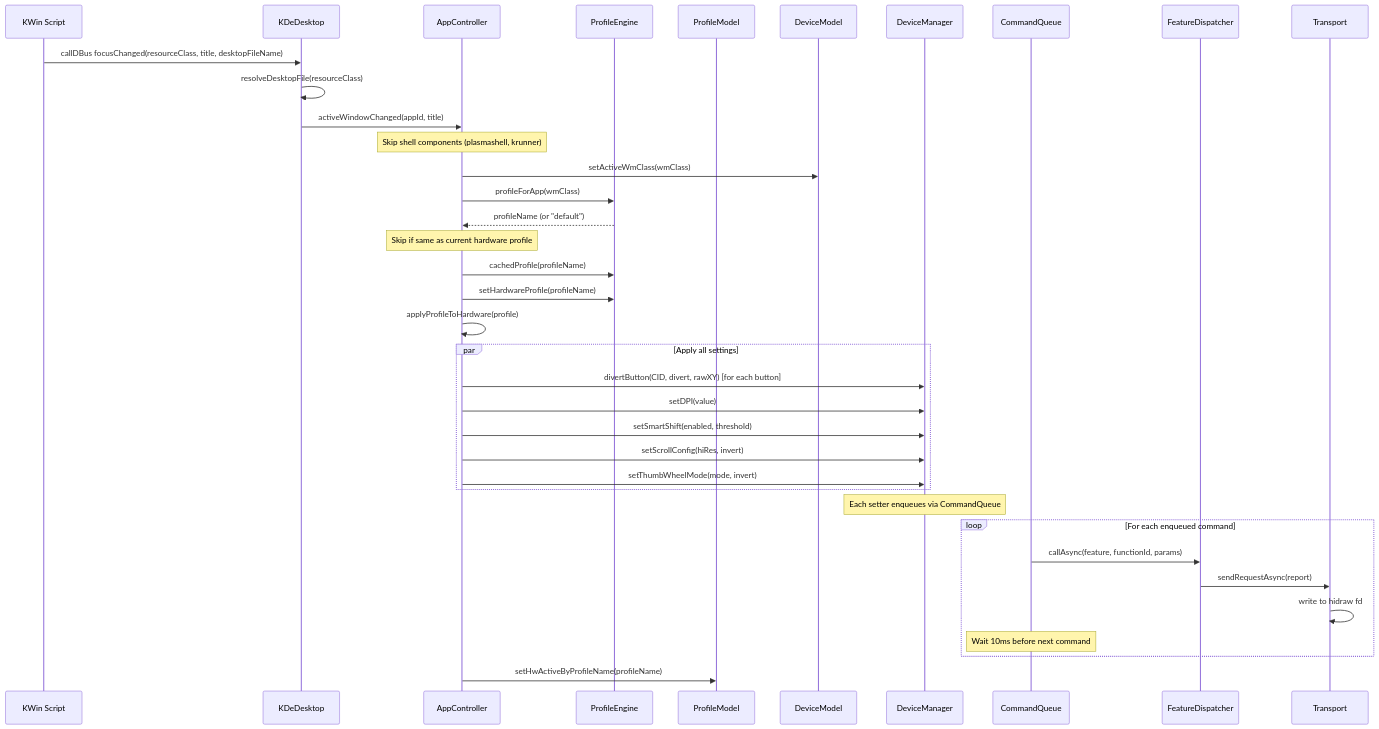
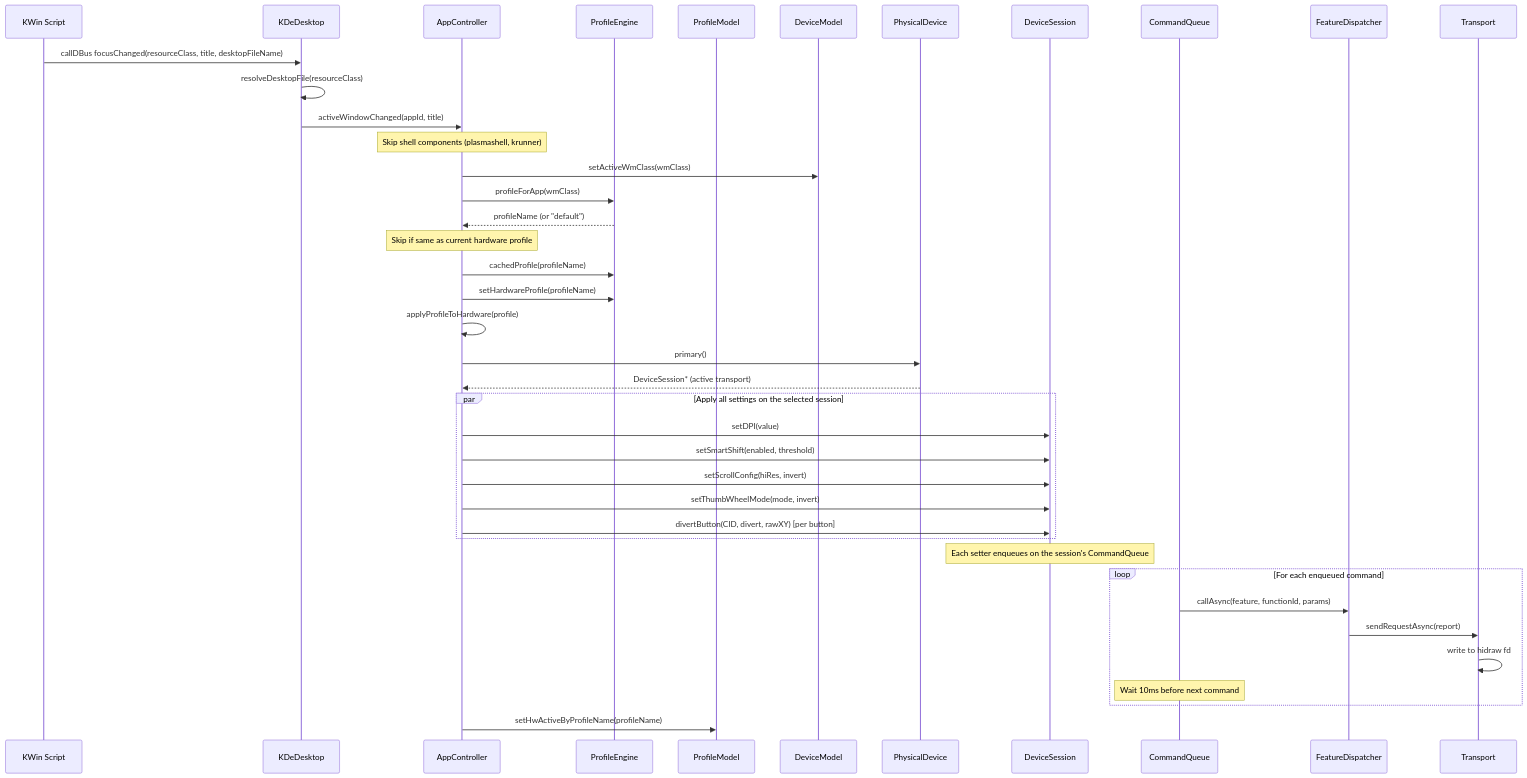
The first of 16 diagrams in docs/wiki/Architecture.md (mmaher88/logitune), drawn with Mermaid before and after one commit.

Commit message:
docs(wiki): fix Window Focus sequence - PhysicalDevice routes to DeviceSession, not DeviceManager

````diff
--- a/docs/wiki/Architecture.md
+++ b/docs/wiki/Architecture.md
@@ -41,48 +41,52 @@
 ```mermaid
 sequenceDiagram
     participant KWin as KWin Script
     participant KDE as KDeDesktop
     participant AC as AppController
     participant PE as ProfileEngine
     participant PM as ProfileModel
     participant DM as DeviceModel
-    participant DMgr as DeviceManager
+    participant PD as PhysicalDevice
+    participant DS as DeviceSession
     participant CQ as CommandQueue
     participant FD as FeatureDispatcher
     participant TR as Transport
 
     KWin->>KDE: callDBus focusChanged(resourceClass, title, desktopFileName)
     KDE->>KDE: resolveDesktopFile(resourceClass)
     KDE->>AC: activeWindowChanged(appId, title)
-    
+
     Note over AC: Skip shell components (plasmashell, krunner)
-    
+
     AC->>DM: setActiveWmClass(wmClass)
     AC->>PE: profileForApp(wmClass)
     PE-->>AC: profileName (or "default")
-    
+
     Note over AC: Skip if same as current hardware profile
-    
+
     AC->>PE: cachedProfile(profileName)
     AC->>PE: setHardwareProfile(profileName)
     AC->>AC: applyProfileToHardware(profile)
-    
-    par Apply all settings
-        AC->>DMgr: divertButton(CID, divert, rawXY) [for each button]
-        AC->>DMgr: setDPI(value)
-        AC->>DMgr: setSmartShift(enabled, threshold)
-        AC->>DMgr: setScrollConfig(hiRes, invert)
-        AC->>DMgr: setThumbWheelMode(mode, invert)
+
+    AC->>PD: primary()
+    PD-->>AC: DeviceSession* (active transport)
+
+    par Apply all settings on the selected session
+        AC->>DS: setDPI(value)
+        AC->>DS: setSmartShift(enabled, threshold)
+        AC->>DS: setScrollConfig(hiRes, invert)
+        AC->>DS: setThumbWheelMode(mode, invert)
+        AC->>DS: divertButton(CID, divert, rawXY) [per button]
     end
-    
-    Note over DMgr: Each setter enqueues via CommandQueue
-    
+
+    Note over DS: Each setter enqueues on the session's CommandQueue
+
     loop For each enqueued command
         CQ->>FD: callAsync(feature, functionId, params)
         FD->>TR: sendRequestAsync(report)
         TR->>TR: write to hidraw fd
         Note over CQ: Wait 10ms before next command
     end
-    
+
     AC->>PM: setHwActiveByProfileName(profileName)
 ```
````
